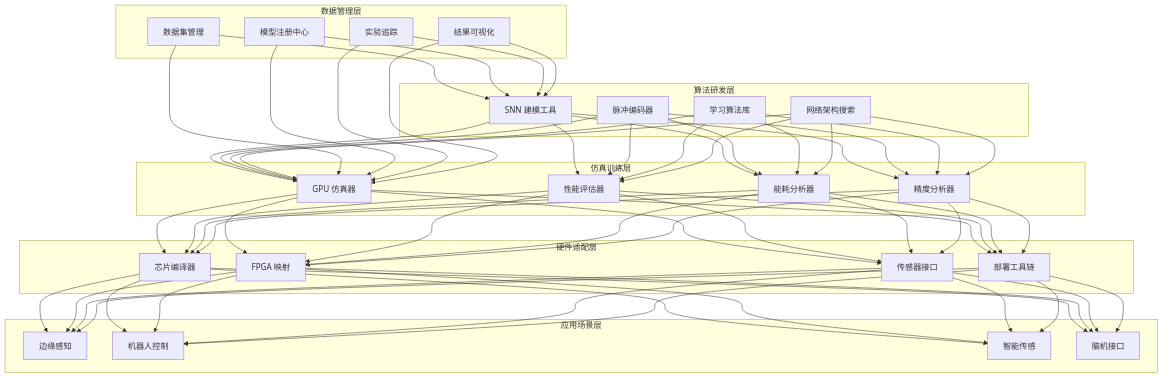
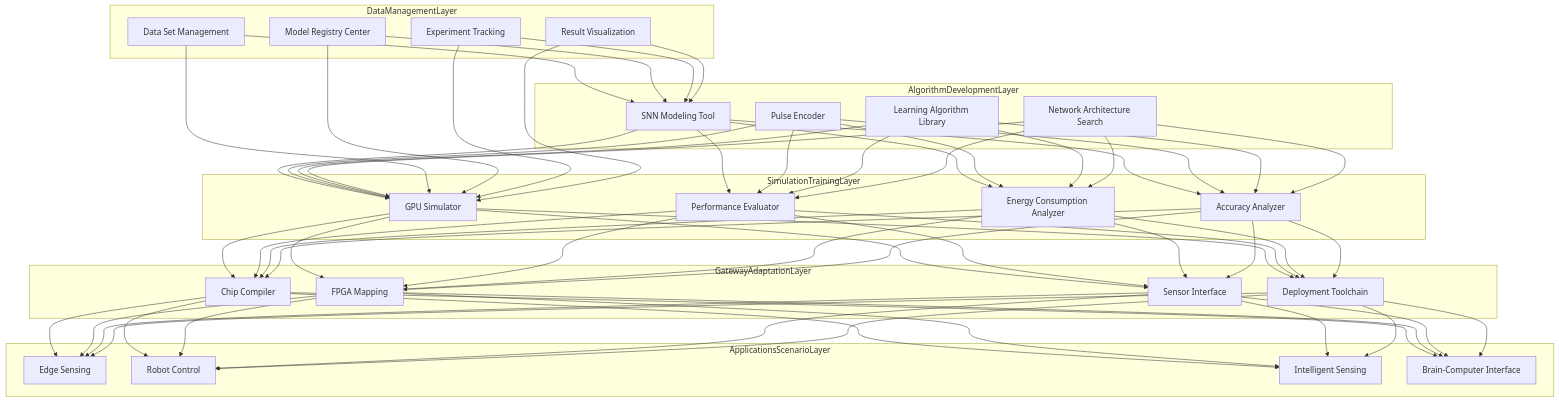
Before and after one commit to teaglebuilt/knowledge-tree: the first of 3 diagrams in tree/application/architecture/neuromorphic-computing.md, drawn with Mermaid. The commit also changed other lines of this file and 6 other files, not shown here.

````diff
--- a/tree/application/architecture/neuromorphic-computing.md
+++ b/tree/application/architecture/neuromorphic-computing.md
@@ -108,42 +108,42 @@
 ```mermaid
 graph TB
-    subgraph 算法研发层
-        A1[SNN 建模工具]
-        A2[脉冲编码器]
-        A3[学习算法库]
-        A4[网络架构搜索]
+    subgraph AlgorithmDevelopmentLayer
+        A1[SNN Modeling Tool]
+        A2[Pulse Encoder]
+        A3[Learning Algorithm Library]
+        A4[Network Architecture Search]
     end
 
-    subgraph 仿真训练层
-        S1[GPU 仿真器]
-        S2[性能评估器]
-        S3[能耗分析器]
-        S4[精度分析器]
+    subgraph SimulationTrainingLayer
+        S1[GPU Simulator]
+        S2[Performance Evaluator]
+        S3[Energy Consumption Analyzer]
+        S4[Accuracy Analyzer]
     end
 
-    subgraph 硬件适配层
-        H1[芯片编译器]
-        H2[FPGA 映射]
-        H3[传感器接口]
-        H4[部署工具链]
+    subgraph GatewayAdaptationLayer
+        H1[Chip Compiler]
+        H2[FPGA Mapping]
+        H3[Sensor Interface]
+        H4[Deployment Toolchain]
     end
 
-    subgraph 应用场景层
-        APP1[边缘感知]
-        APP2[机器人控制]
-        APP3[智能传感]
-        APP4[脑机接口]
+    subgraph ApplicationsScenarioLayer
+        APP1[Edge Sensing]
+        APP2[Robot Control]
+        APP3[Intelligent Sensing]
+        APP4[Brain-Computer Interface]
     end
 
-    subgraph 数据管理层
-        D1[数据集管理]
-        D2[模型注册中心]
-        D3[实验追踪]
-        D4[结果可视化]
+    subgraph DataManagementLayer
+        D1[Data Set Management]
+        D2[Model Registry Center]
+        D3[Experiment Tracking]
+        D4[Result Visualization]
     end
 
     A1 & A2 & A3 & A4 --> S1 & S2 & S3 & S4
     S1 & S2 & S3 & S4 --> H1 & H2 & H3 & H4
     H1 & H2 & H3 & H4 --> APP1 & APP2 & APP3 & APP4
     D1 & D2 & D3 & D4 --> A1 & S1
 ```
````
